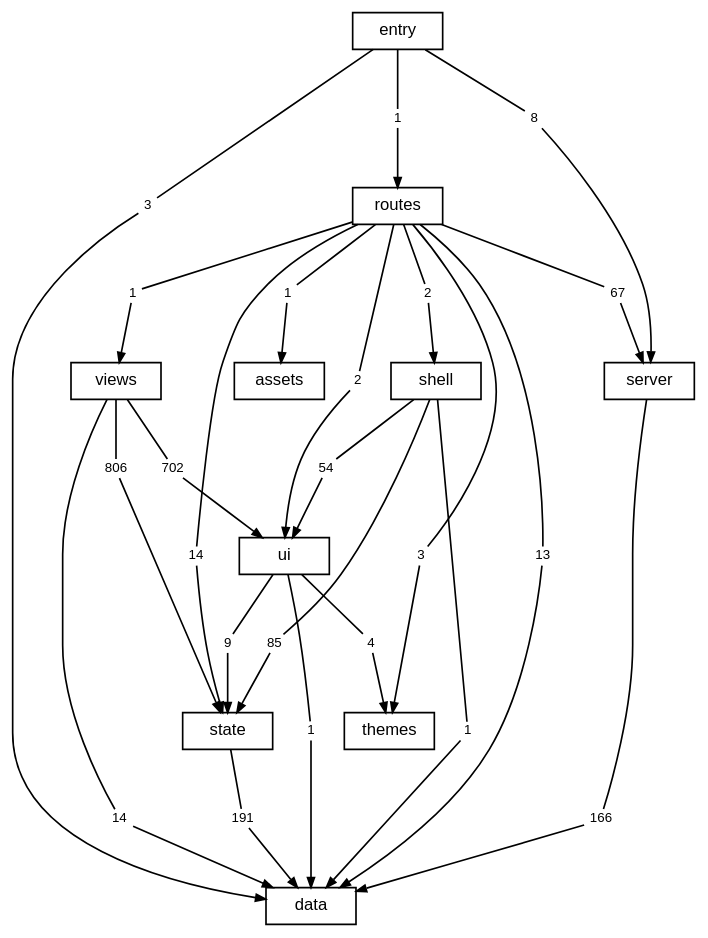
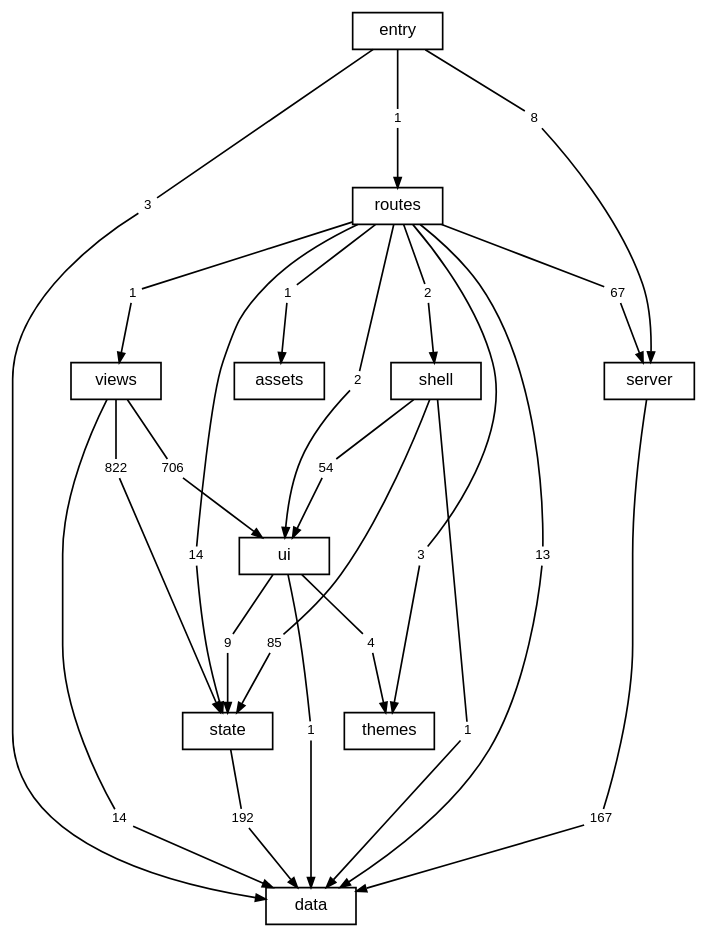
Before and after one commit to TheAxeC/oculus: the diagram in docs/diagrams/layers.dot, drawn with Graphviz. The commit also changed 146 other files, not shown here.

```diff
--- a/docs/diagrams/layers.dot
+++ b/docs/diagrams/layers.dot
@@ -1,81 +1,81 @@
 digraph layers {
     graph [bgcolor="transparent", rankdir=TB, newrank=true, fontname="Helvetica,Arial,sans-serif", fontsize=12, nodesep=0.2, ranksep=0.5];
     node [shape=box, color="black", fontcolor="black", fontname="Helvetica,Arial,sans-serif", fontsize=10, height=0.3, margin="0.12,0.04"];
     edge [color="black", fontcolor="black", fontname="Helvetica,Arial,sans-serif", fontsize=8, arrowsize=0.6];
     "data";
     "server";
     "state";
     "ui";
     "shell";
     "views";
     "themes";
     "routes";
     "src" [label="entry"];
     "files: assets" [label="assets"];
     "routes to data" [label="13", shape=box, color="transparent", fontsize=8, width=0, height=0, margin="0.04,0.02"];
     "routes" -> "routes to data" [arrowhead=none];
     "routes to data" -> "data" [];
     "routes to files: assets" [label="1", shape=box, color="transparent", fontsize=8, width=0, height=0, margin="0.04,0.02"];
     "routes" -> "routes to files: assets" [arrowhead=none];
     "routes to files: assets" -> "files: assets" [];
     "routes to server" [label="67", shape=box, color="transparent", fontsize=8, width=0, height=0, margin="0.04,0.02"];
     "routes" -> "routes to server" [arrowhead=none];
     "routes to server" -> "server" [];
     "routes to shell" [label="2", shape=box, color="transparent", fontsize=8, width=0, height=0, margin="0.04,0.02"];
     "routes" -> "routes to shell" [arrowhead=none];
     "routes to shell" -> "shell" [];
     "routes to state" [label="14", shape=box, color="transparent", fontsize=8, width=0, height=0, margin="0.04,0.02"];
     "routes" -> "routes to state" [arrowhead=none];
     "routes to state" -> "state" [];
     "routes to themes" [label="3", shape=box, color="transparent", fontsize=8, width=0, height=0, margin="0.04,0.02"];
     "routes" -> "routes to themes" [arrowhead=none];
     "routes to themes" -> "themes" [];
     "routes to ui" [label="2", shape=box, color="transparent", fontsize=8, width=0, height=0, margin="0.04,0.02"];
     "routes" -> "routes to ui" [arrowhead=none];
     "routes to ui" -> "ui" [];
     "routes to views" [label="1", shape=box, color="transparent", fontsize=8, width=0, height=0, margin="0.04,0.02"];
     "routes" -> "routes to views" [arrowhead=none];
     "routes to views" -> "views" [];
-    "server to data" [label="166", shape=box, color="transparent", fontsize=8, width=0, height=0, margin="0.04,0.02"];
+    "server to data" [label="167", shape=box, color="transparent", fontsize=8, width=0, height=0, margin="0.04,0.02"];
     "server" -> "server to data" [arrowhead=none];
     "server to data" -> "data" [];
     "shell to data" [label="1", shape=box, color="transparent", fontsize=8, width=0, height=0, margin="0.04,0.02"];
     "shell" -> "shell to data" [arrowhead=none];
     "shell to data" -> "data" [];
     "shell to state" [label="85", shape=box, color="transparent", fontsize=8, width=0, height=0, margin="0.04,0.02"];
     "shell" -> "shell to state" [arrowhead=none];
     "shell to state" -> "state" [];
     "shell to ui" [label="54", shape=box, color="transparent", fontsize=8, width=0, height=0, margin="0.04,0.02"];
     "shell" -> "shell to ui" [arrowhead=none];
     "shell to ui" -> "ui" [];
     "src to data" [label="3", shape=box, color="transparent", fontsize=8, width=0, height=0, margin="0.04,0.02"];
     "src" -> "src to data" [arrowhead=none];
     "src to data" -> "data" [];
     "src to routes" [label="1", shape=box, color="transparent", fontsize=8, width=0, height=0, margin="0.04,0.02"];
     "src" -> "src to routes" [arrowhead=none];
     "src to routes" -> "routes" [];
     "src to server" [label="8", shape=box, color="transparent", fontsize=8, width=0, height=0, margin="0.04,0.02"];
     "src" -> "src to server" [arrowhead=none];
     "src to server" -> "server" [];
-    "state to data" [label="191", shape=box, color="transparent", fontsize=8, width=0, height=0, margin="0.04,0.02"];
+    "state to data" [label="192", shape=box, color="transparent", fontsize=8, width=0, height=0, margin="0.04,0.02"];
     "state" -> "state to data" [arrowhead=none];
     "state to data" -> "data" [];
     "ui to data" [label="1", shape=box, color="transparent", fontsize=8, width=0, height=0, margin="0.04,0.02"];
     "ui" -> "ui to data" [arrowhead=none];
     "ui to data" -> "data" [];
     "ui to state" [label="9", shape=box, color="transparent", fontsize=8, width=0, height=0, margin="0.04,0.02"];
     "ui" -> "ui to state" [arrowhead=none];
     "ui to state" -> "state" [];
     "ui to themes" [label="4", shape=box, color="transparent", fontsize=8, width=0, height=0, margin="0.04,0.02"];
     "ui" -> "ui to themes" [arrowhead=none];
     "ui to themes" -> "themes" [];
     "views to data" [label="14", shape=box, color="transparent", fontsize=8, width=0, height=0, margin="0.04,0.02"];
     "views" -> "views to data" [arrowhead=none];
     "views to data" -> "data" [];
-    "views to state" [label="806", shape=box, color="transparent", fontsize=8, width=0, height=0, margin="0.04,0.02"];
+    "views to state" [label="822", shape=box, color="transparent", fontsize=8, width=0, height=0, margin="0.04,0.02"];
     "views" -> "views to state" [arrowhead=none];
     "views to state" -> "state" [];
-    "views to ui" [label="702", shape=box, color="transparent", fontsize=8, width=0, height=0, margin="0.04,0.02"];
+    "views to ui" [label="706", shape=box, color="transparent", fontsize=8, width=0, height=0, margin="0.04,0.02"];
     "views" -> "views to ui" [arrowhead=none];
     "views to ui" -> "ui" [];
 }
```
